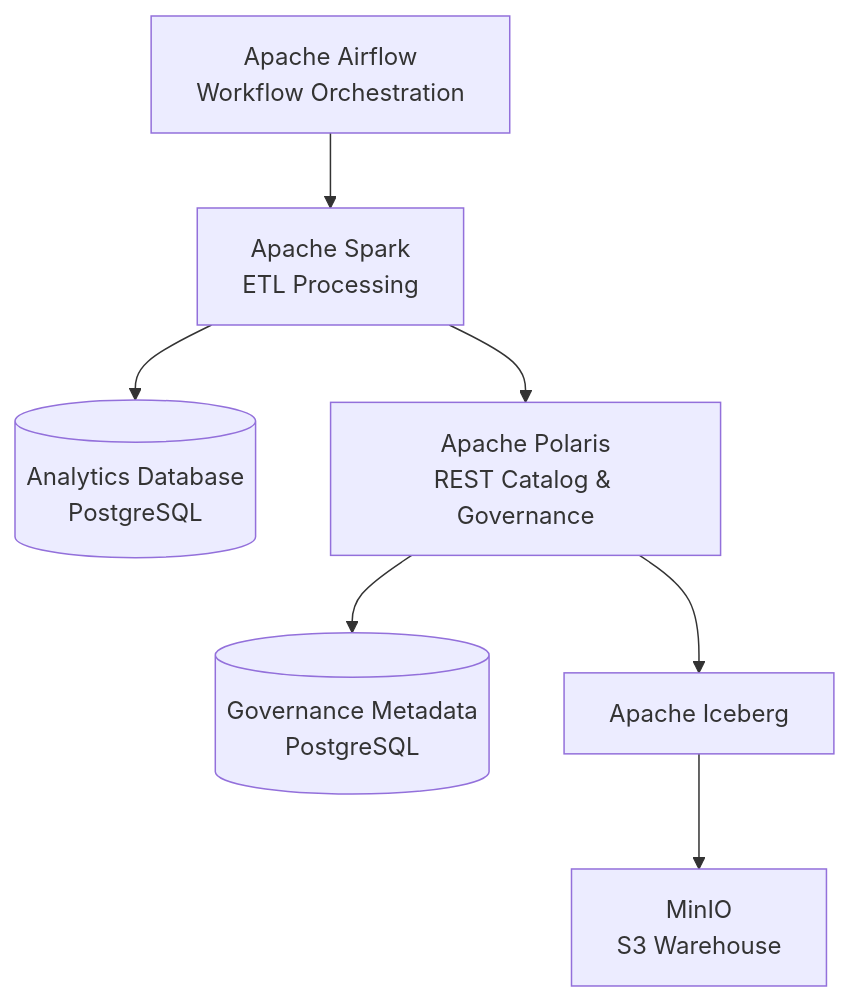
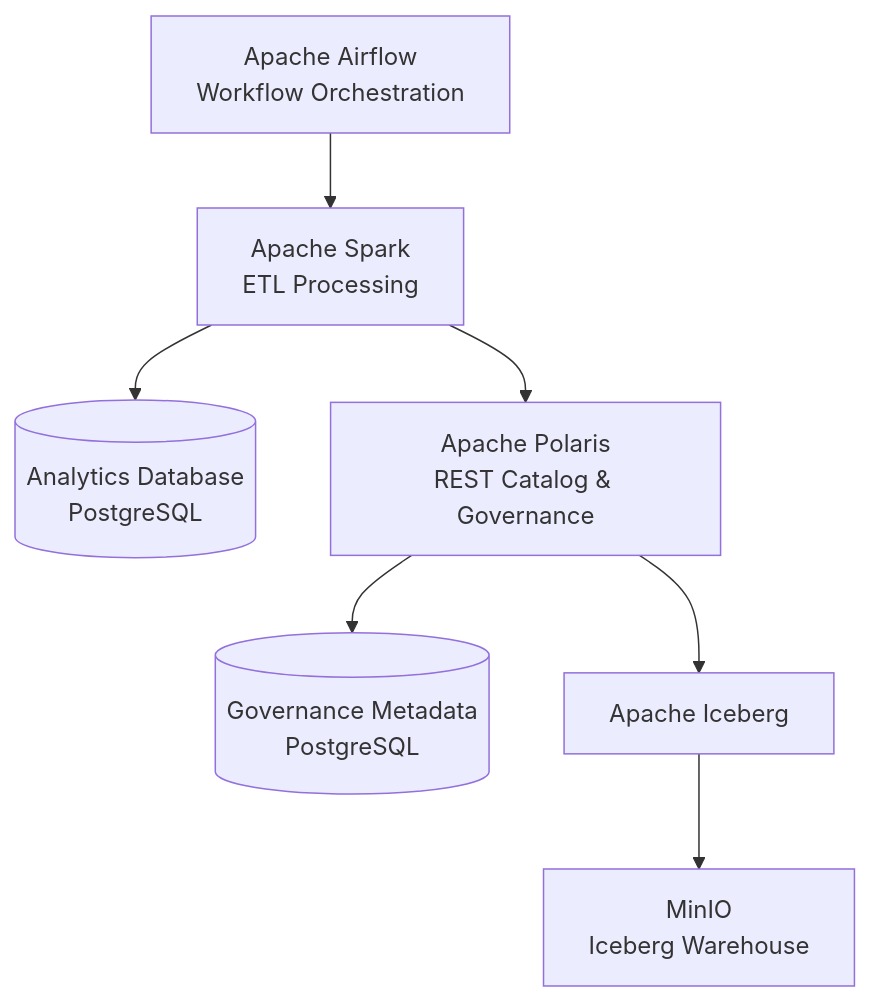
Before and after one commit to ganeshsa986/ELT-Pipeline-with-Docker-Compose: the first of 2 diagrams in README.md, drawn with Mermaid.

````diff
--- a/README.md
+++ b/README.md
@@ -34,29 +34,29 @@
 ```mermaid
 flowchart TB
 
     Airflow["Apache Airflow<br/>Workflow Orchestration"]
 
     Spark["Apache Spark<br/>ETL Processing"]
 
     AnalyticsDB[("Analytics Database<br/>PostgreSQL")]
 
     Polaris["Apache Polaris<br/>REST Catalog & Governance"]
 
     GovernanceDB[("Governance Metadata<br/>PostgreSQL")]
 
     Iceberg["Apache Iceberg"]
 
-    MinIO["MinIO<br/>S3 Warehouse"]
+    MinIO["MinIO<br/>Iceberg Warehouse"]
 
     Airflow --> Spark
 
     Spark --> AnalyticsDB
 
     Spark --> Polaris
 
     Polaris --> GovernanceDB
 
     Polaris --> Iceberg
 
     Iceberg --> MinIO
 ```
````
